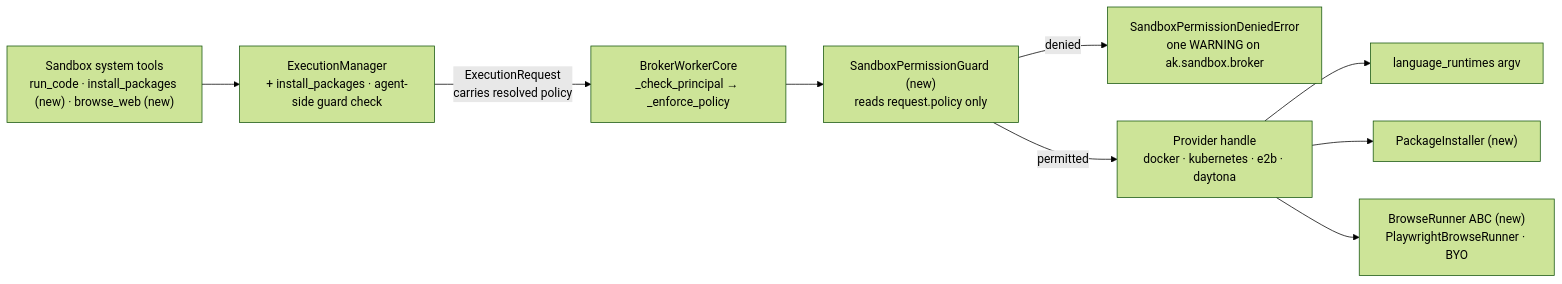
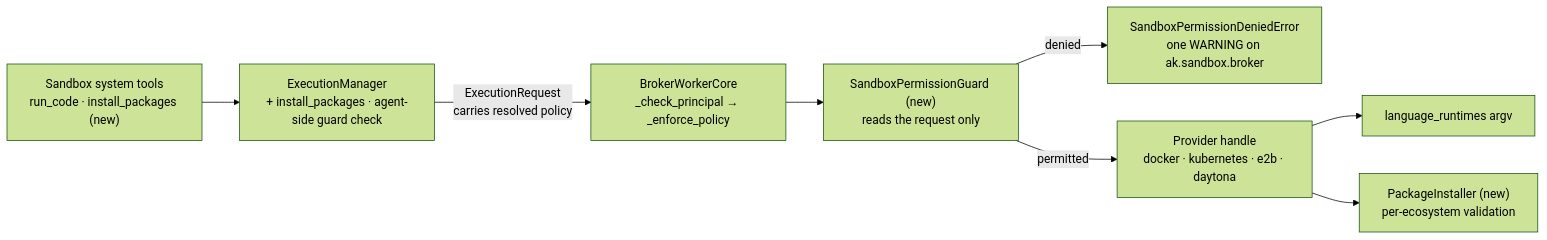
Before and after one commit to yaalalabs/agent-kernel: the diagram in docs/specs/692-sandbox-extended-permissions/design.md, drawn with Mermaid (forest theme). The commit also changed other lines of this file and 1 other file, not shown here.

Commit message:
docs: update design and diagrams for sandbox extended permissions, removing browser automation capability

````diff
--- a/docs/specs/692-sandbox-extended-permissions/design.md
+++ b/docs/specs/692-sandbox-extended-permissions/design.md
@@ -261,11 +243,10 @@
 ```mermaid
 graph LR
-    T["Sandbox system tools<br/>run_code · install_packages (new) · browse_web (new)"] --> M["ExecutionManager<br/>+ install_packages · agent-side guard check"]
+    T["Sandbox system tools<br/>run_code · install_packages (new)"] --> M["ExecutionManager<br/>+ install_packages · agent-side guard check"]
     M -->|"ExecutionRequest<br/>carries resolved policy"| W["BrokerWorkerCore<br/>_check_principal → _enforce_policy"]
-    W --> G["SandboxPermissionGuard (new)<br/>reads request.policy only"]
+    W --> G["SandboxPermissionGuard (new)<br/>reads the request only"]
     G -->|denied| E["SandboxPermissionDeniedError<br/>one WARNING on ak.sandbox.broker"]
     G -->|permitted| H["Provider handle<br/>docker · kubernetes · e2b · daytona"]
     H --> RT["language_runtimes argv"]
-    H --> PI["PackageInstaller (new)"]
-    H --> BR["BrowseRunner ABC (new)<br/>PlaywrightBrowseRunner · BYO"]
+    H --> PI["PackageInstaller (new)<br/>per-ecosystem validation"]
 ```
````
